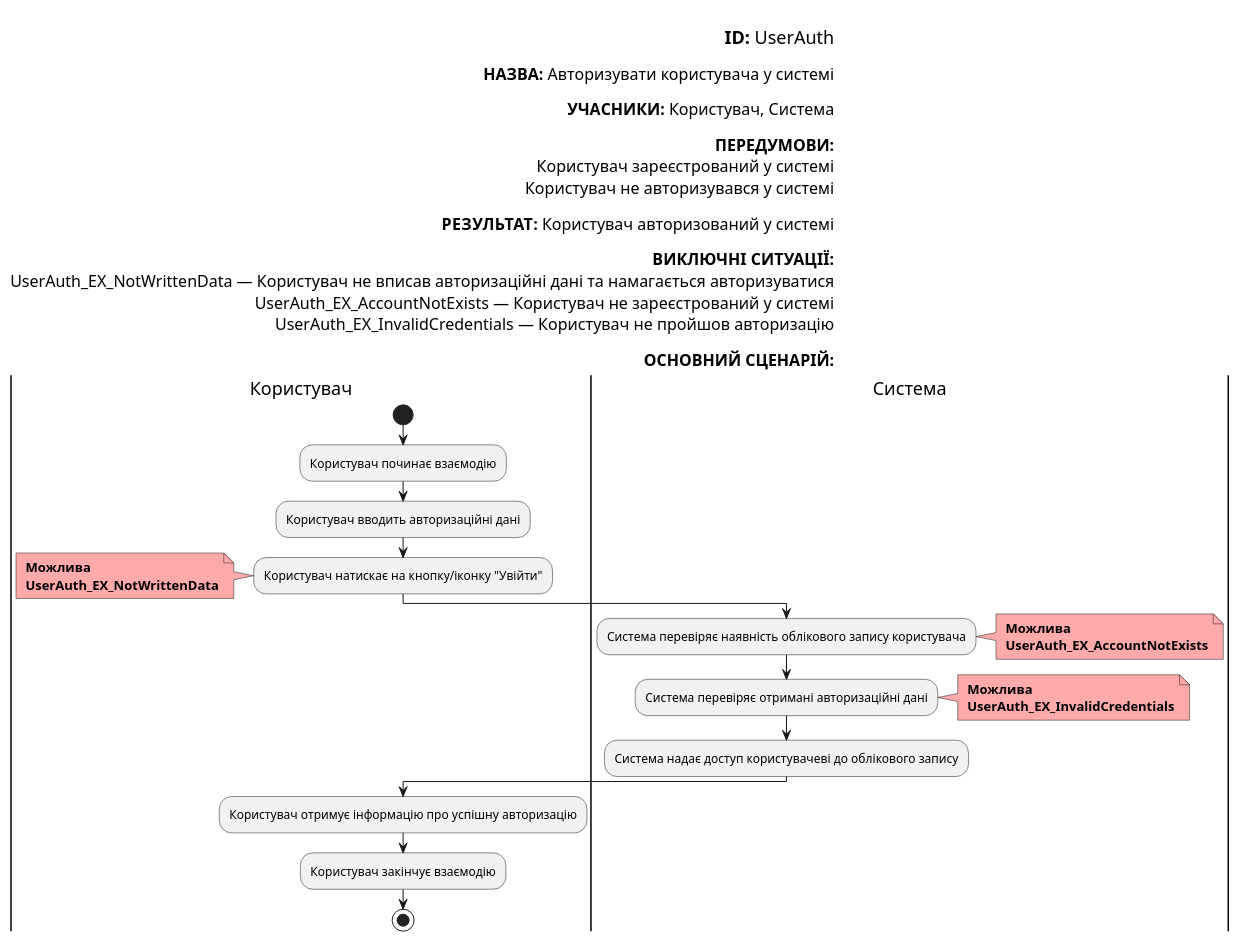
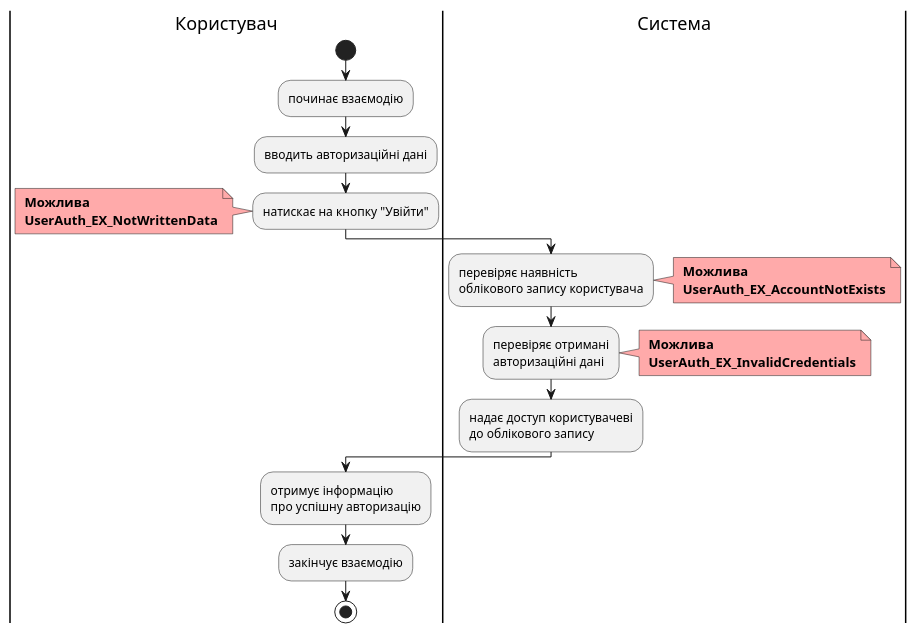
The eighth of 24 diagrams in docs/use cases/README.md (yaryna-bashchak/db_course_work), drawn with PlantUML before and after one commit. The commit also changed other lines of this file, not shown here.

Commit message:
updated diagrams for user cases

```diff
--- a/docs/use cases/README.md
+++ b/docs/use cases/README.md
@@ -284,57 +287,39 @@
 @startuml
-
-    left header
-
-        <font color=000 size=18><b>ID:</b> UserAuth
-
-        <font color=000 size=16><b>НАЗВА:</b> Авторизувати користувача у системі
-
-        <font color=000 size=16><b>УЧАСНИКИ:</b> Користувач, Система
-
-        <font color=000 size=16><b>ПЕРЕДУМОВИ:</b> 
-        <font color=000 size=16>Користувач зареєстрований у системі
-        <font color=000 size=16>Користувач не авторизувався у системі
-
-        <font color=000 size=16><b>РЕЗУЛЬТАТ:</b> Користувач авторизований у системі
-
-        <font color=000 size=16><b>ВИКЛЮЧНІ СИТУАЦІЇ:</b>
-        <font color=000 size=16> UserAuth_EX_NotWrittenData — Користувач не вписав авторизаційні дані та намагається авторизуватися
-        <font color=000 size=16> UserAuth_EX_AccountNotExists — Користувач не зареєстрований у системі
-        <font color=000 size=16> UserAuth_EX_InvalidСredentials — Користувач не пройшов авторизацію
-
-        <font color=000 size=16><b>ОСНОВНИЙ СЦЕНАРІЙ:</b>
-    end header
 
     |Користувач|
         start
-        :Користувач починає взаємодію;
+        :починає взаємодію;
         
-        :Користувач вводить авторизаційні дані;
+        :вводить авторизаційні дані;
         
-        :Користувач натискає на кнопку/іконку "Увійти";
+        :натискає на кнопку "Увійти";
         note left #ffaaaa
         <b> Можлива
         <b> UserAuth_EX_NotWrittenData
         end note
     |Система|
-        :Система перевіряє наявність облікового запису користувача;
+        :перевіряє наявність 
+        облікового запису користувача;
         note right #ffaaaa
         <b> Можлива
         <b> UserAuth_EX_AccountNotExists
         end note
 
-        :Система перевіряє отримані авторизаційні дані;
+        :перевіряє отримані 
+        авторизаційні дані;
         note right #ffaaaa
         <b> Можлива
         <b> UserAuth_EX_InvalidСredentials
         end note
 
-        :Система надає доступ користувачеві до облікового запису;
+        :надає доступ користувачеві 
+        до облікового запису;
     |Користувач|
-        :Користувач отримує інформацію про успішну авторизацію;
+        :отримує інформацію 
+        про успішну авторизацію;
 
-        :Користувач закінчує взаємодію;
+        :закінчує взаємодію;
         
         stop;
 
 @enduml
```
